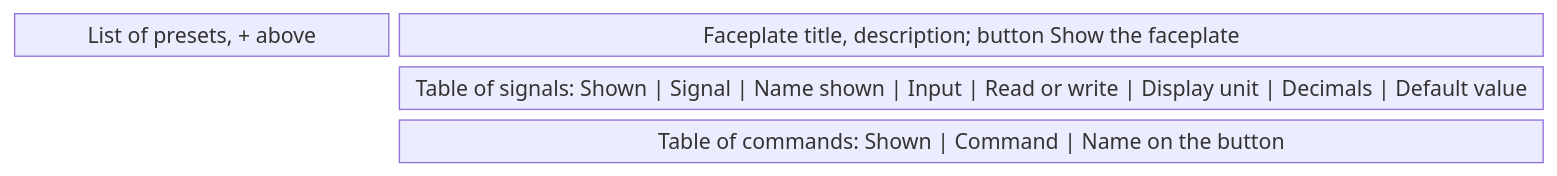
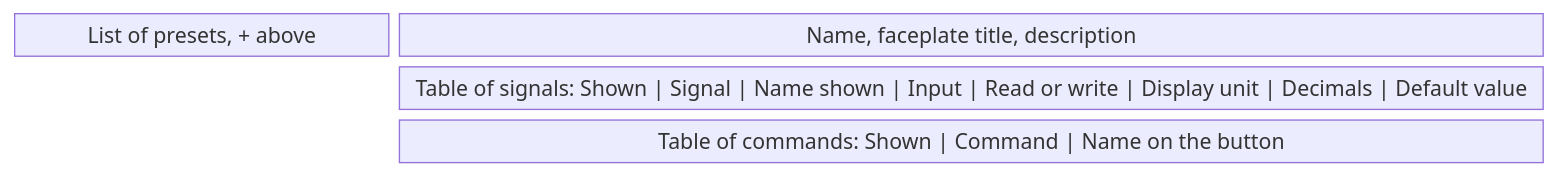
One commit to AlexandreGallais/synoptic-studio-spec changed the tenth of 15 diagrams in screens/metadata.md. Above: the diagram before and after it, drawn with Mermaid. The commit also changed other lines of this file and 5 other files, not shown here.

First line of the commit message:
docs(metadata): list parts above the tree and add a faceplate view

````diff
--- a/screens/metadata.md
+++ b/screens/metadata.md
@@ -281,7 +299,7 @@
 ```mermaid
 block-beta
     columns 4
-    list["List of presets, + above"] head["Faceplate title, description; button Show the faceplate"]:3
+    list["List of presets, + above"] head["Name, faceplate title, description"]:3
     space signals["Table of signals: Shown | Signal | Name shown | Input | Read or write | Display unit | Decimals | Default value"]:3
     space commands["Table of commands: Shown | Command | Name on the button"]:3
 ```
````
